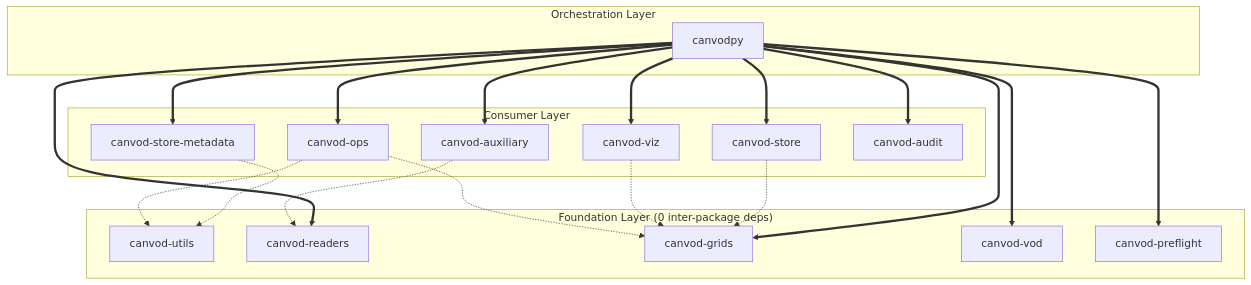
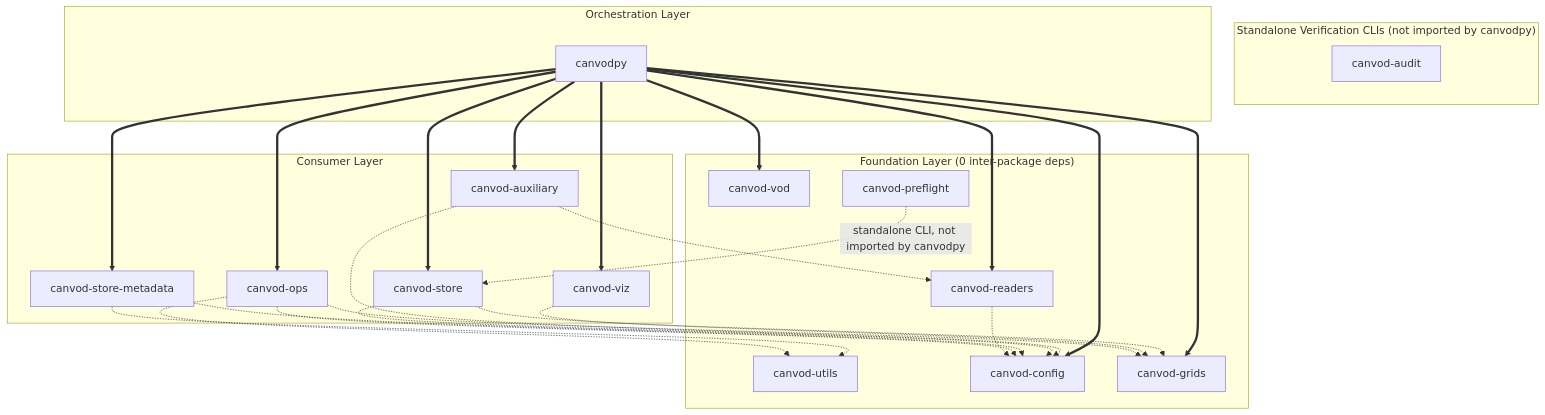
The diagram in docs/diagrams/03-dependencies.mmd (nfb2021/canvodpy), drawn with Mermaid before and after one commit. The commit also changed 42 other files, not shown here.

```diff
--- a/docs/diagrams/03-dependencies.mmd
+++ b/docs/diagrams/03-dependencies.mmd
@@ -1,39 +1,48 @@
 graph TD
     subgraph Foundation["Foundation Layer (0 inter-package deps)"]
         Utils["canvod-utils"]
+        Config["canvod-config"]
         Readers["canvod-readers"]
         Grids["canvod-grids"]
         VOD["canvod-vod"]
         NAMING["canvod-preflight"]
     end
 
     subgraph Consumers["Consumer Layer"]
         Aux["canvod-auxiliary"]
         Store["canvod-store"]
         StoreMeta["canvod-store-metadata"]
         Viz["canvod-viz"]
         OPS["canvod-ops"]
+    end
+
+    subgraph Standalone["Standalone Verification CLIs (not imported by canvodpy)"]
         Audit["canvod-audit"]
     end
 
     subgraph Orchestration["Orchestration Layer"]
         Canvodpy["canvodpy"]
     end
 
     Canvodpy ==> Readers
     Canvodpy ==> Aux
     Canvodpy ==> Store
     Canvodpy ==> VOD
     Canvodpy ==> Grids
     Canvodpy ==> Viz
     Canvodpy ==> OPS
-    Canvodpy ==> NAMING
     Canvodpy ==> StoreMeta
-    Canvodpy ==> Audit
+    Canvodpy ==> Config
 
     Aux -.-> Readers
+    Aux -.-> Config
     Store -.-> Grids
+    Store -.-> Config
     StoreMeta -.-> Utils
+    StoreMeta -.-> Config
     Viz -.-> Grids
     OPS -.-> Grids
     OPS -.-> Utils
+    OPS -.-> Config
+    Readers -.-> Config
+    NAMING -.->|standalone CLI, not imported by canvodpy| Store
```
